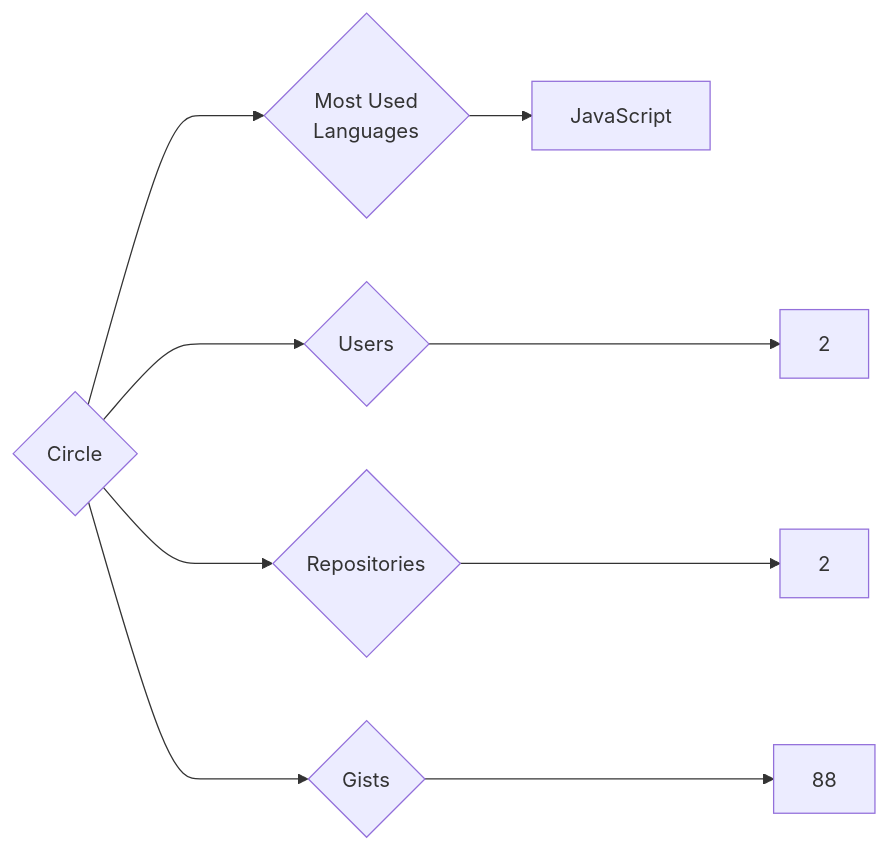
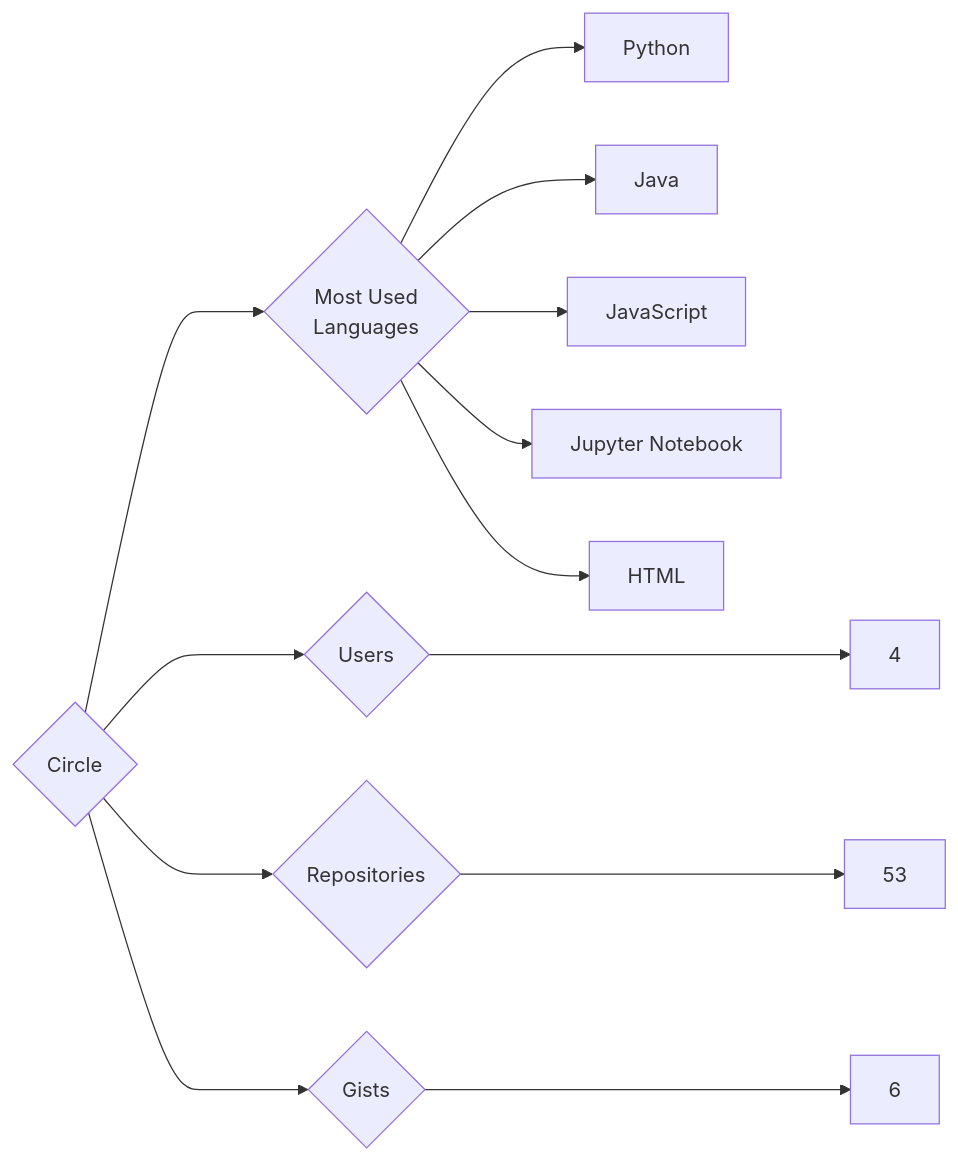
Before and after one commit to trickest/insiders: the diagram in targets/Circle/README.md, drawn with Mermaid. The commit also changed 1123 other files, not shown here.

````diff
--- a/targets/Circle/README.md
+++ b/targets/Circle/README.md
@@ -3,9 +3,13 @@
 ```mermaid
 graph LR
 COMPANY_NAME{Circle}
-COMPANY_NAME ---> U{Users} ---> UN[2]
-COMPANY_NAME ---> R{Repositories} ---> RN[2]
-COMPANY_NAME ---> G{Gists} ---> GN[88]
+COMPANY_NAME ---> U{Users} ---> UN[4]
+COMPANY_NAME ---> R{Repositories} ---> RN[53]
+COMPANY_NAME ---> G{Gists} ---> GN[6]
 COMPANY_NAME ---> ML{Most Used<br>Languages}
+ML --> Python[Python]
+ML --> Java[Java]
 ML --> JavaScript[JavaScript]
+ML --> Jupyter_Notebook[Jupyter Notebook]
+ML --> HTML[HTML]
 ```
````
